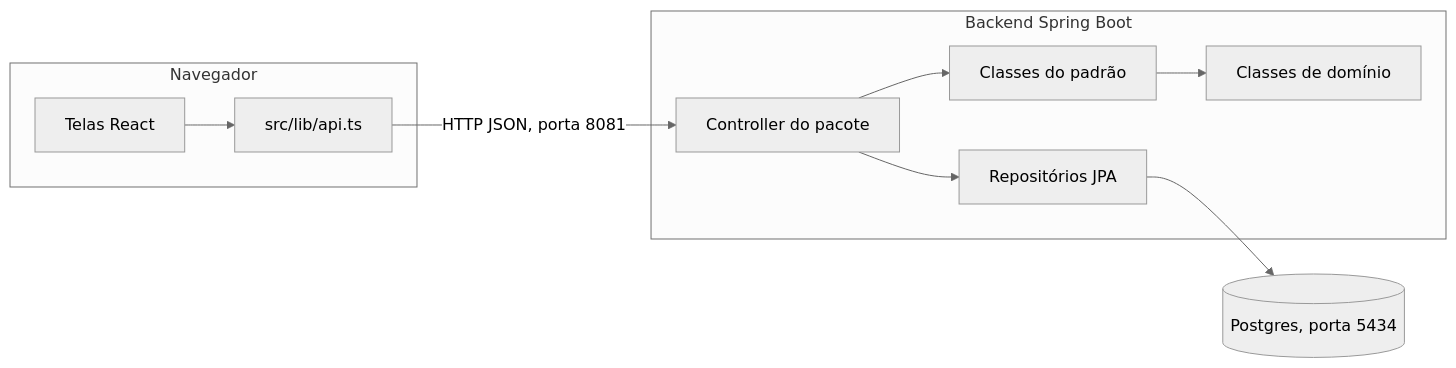
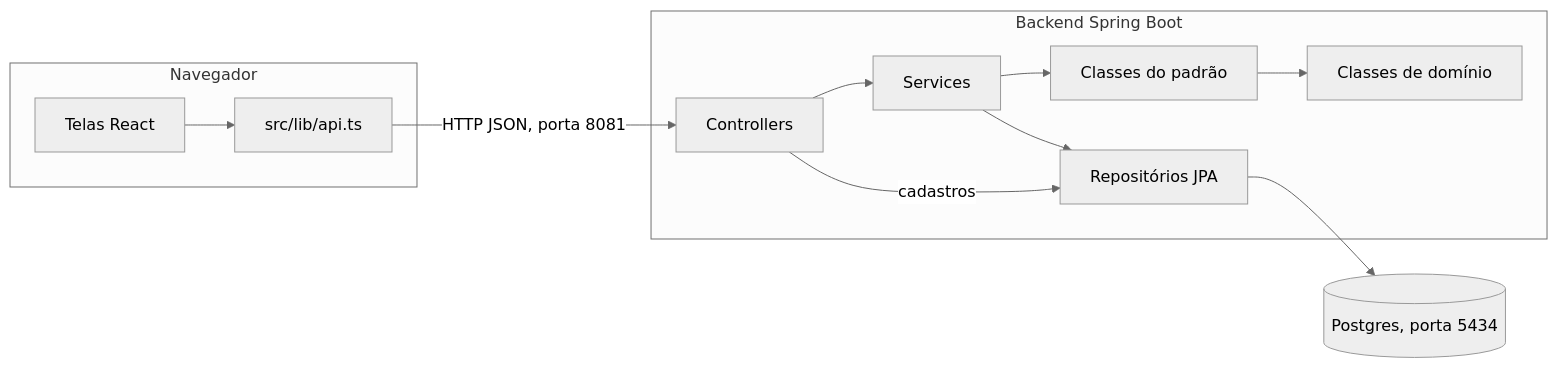
One commit to g-celente/core-conta-flow changed the first of 7 diagrams in README.md. Above: the diagram before and after it, drawn with Mermaid (neutral theme). The commit also changed other lines of this file and 183 other files, not shown here.

````diff
--- a/README.md
+++ b/README.md
@@ -39,13 +39,15 @@
 ```mermaid
 flowchart LR
     subgraph navegador ["Navegador"]
         T["Telas React"] --> A["src/lib/api.ts"]
     end
     subgraph backend ["Backend Spring Boot"]
-        C["Controller do pacote"] --> P["Classes do padrão"]
+        C["Controllers"] --> S["Services"]
+        S --> P["Classes do padrão"]
         P --> D["Classes de domínio"]
-        C --> R["Repositórios JPA"]
+        S --> R["Repositórios JPA"]
+        C -- "cadastros" --> R
     end
     A -- "HTTP JSON, porta 8081" --> C
     R --> DB[("Postgres, porta 5434")]
 ```
````
